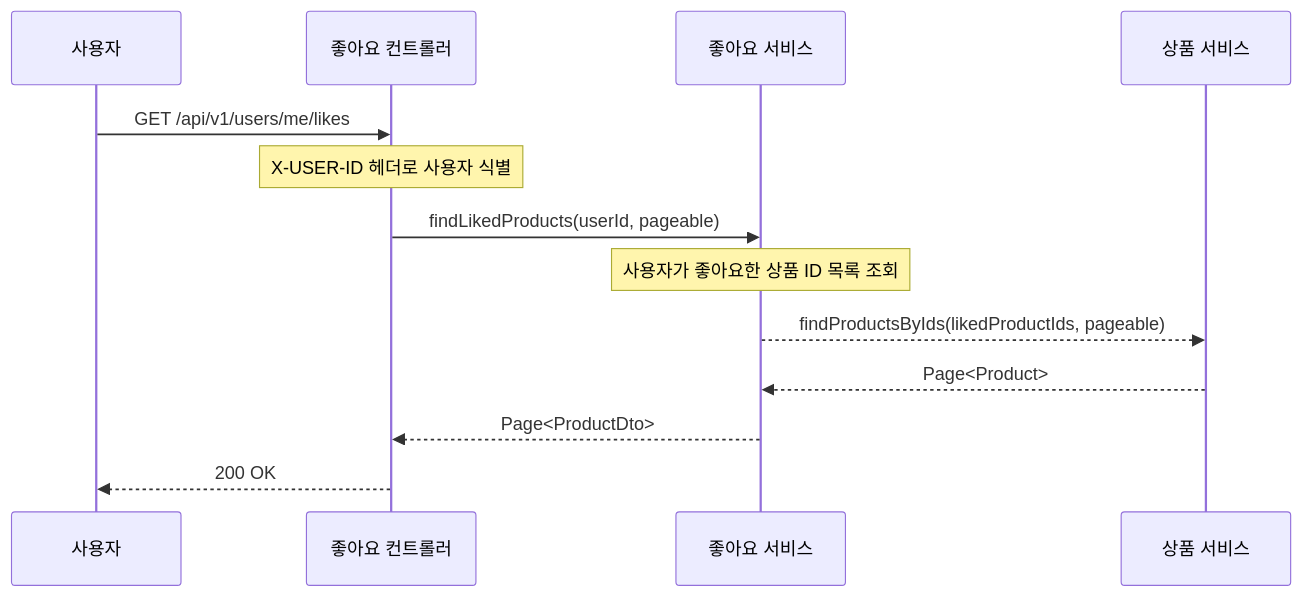
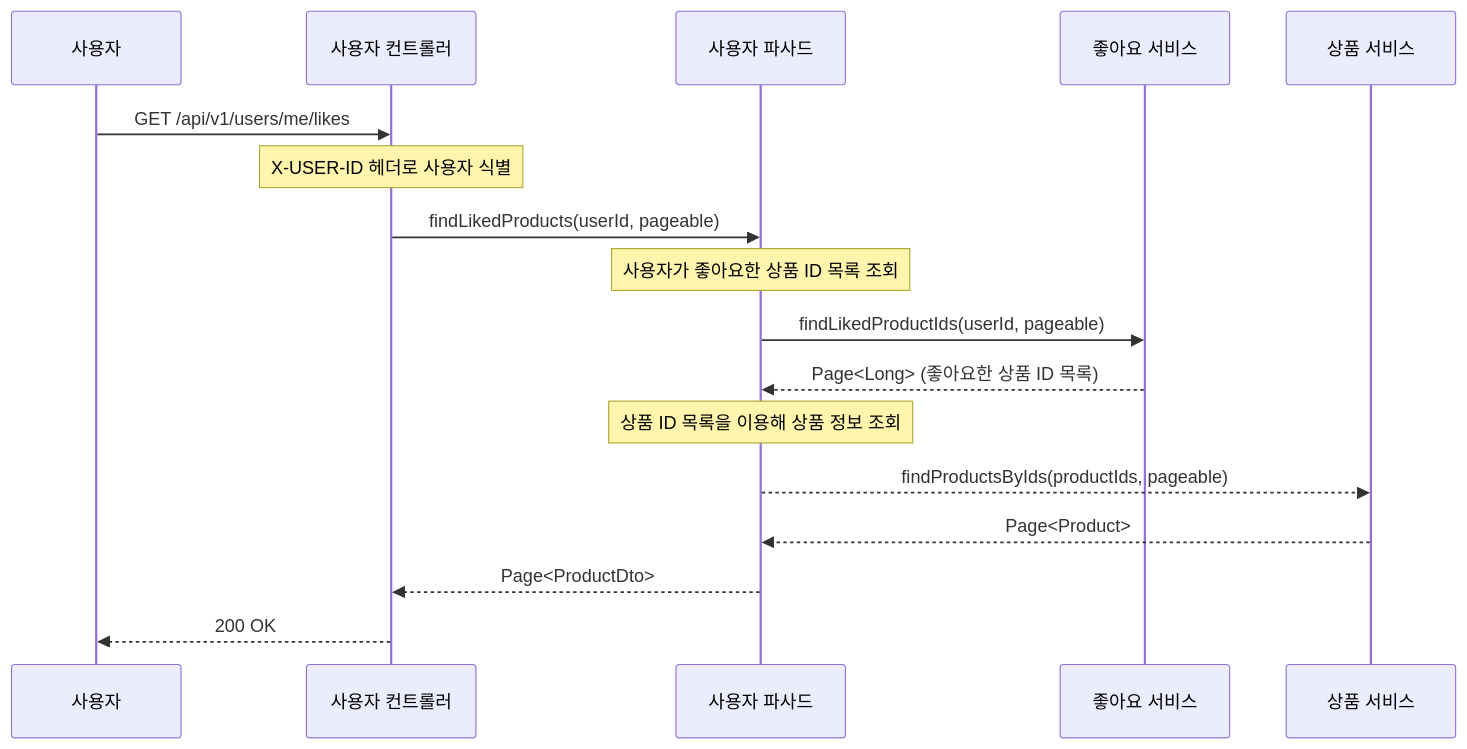
Before and after one commit to Loopers-Team-6/chanho: the fifth of 5 diagrams in docs/design/02-sequence-diagrams.md, drawn with Mermaid. The commit also changed other lines of this file and 3 other files, not shown here.

````diff
--- a/docs/design/02-sequence-diagrams.md
+++ b/docs/design/02-sequence-diagrams.md
@@ -119,16 +126,19 @@
 ```mermaid
 sequenceDiagram
     participant User as 사용자
-    participant LikeController as 좋아요 컨트롤러
+    participant UserController as 사용자 컨트롤러
+    participant UserFacade as 사용자 파사드
     participant LikeService as 좋아요 서비스
     participant ProductService as 상품 서비스
-
-    User ->> LikeController: GET /api/v1/users/me/likes
-    Note over LikeController: X-USER-ID 헤더로 사용자 식별
-    LikeController ->> LikeService: findLikedProducts(userId, pageable)
-    Note over LikeService: 사용자가 좋아요한 상품 ID 목록 조회
-    LikeService -->> ProductService: findProductsByIds(likedProductIds, pageable)
-    ProductService -->> LikeService: Page<Product>
-    LikeService -->> LikeController: Page<ProductDto>
-    LikeController -->> User: 200 OK
+    User ->> UserController: GET /api/v1/users/me/likes
+    Note over UserController: X-USER-ID 헤더로 사용자 식별
+    UserController ->> UserFacade: findLikedProducts(userId, pageable)
+    Note over UserFacade: 사용자가 좋아요한 상품 ID 목록 조회
+    UserFacade ->> LikeService: findLikedProductIds(userId, pageable)
+    LikeService -->> UserFacade: Page<Long> (좋아요한 상품 ID 목록)
+    Note over UserFacade: 상품 ID 목록을 이용해 상품 정보 조회
+    UserFacade -->> ProductService: findProductsByIds(productIds, pageable)
+    ProductService -->> UserFacade: Page<Product>
+    UserFacade -->> UserController: Page<ProductDto>
+    UserController -->> User: 200 OK
 ```
````
